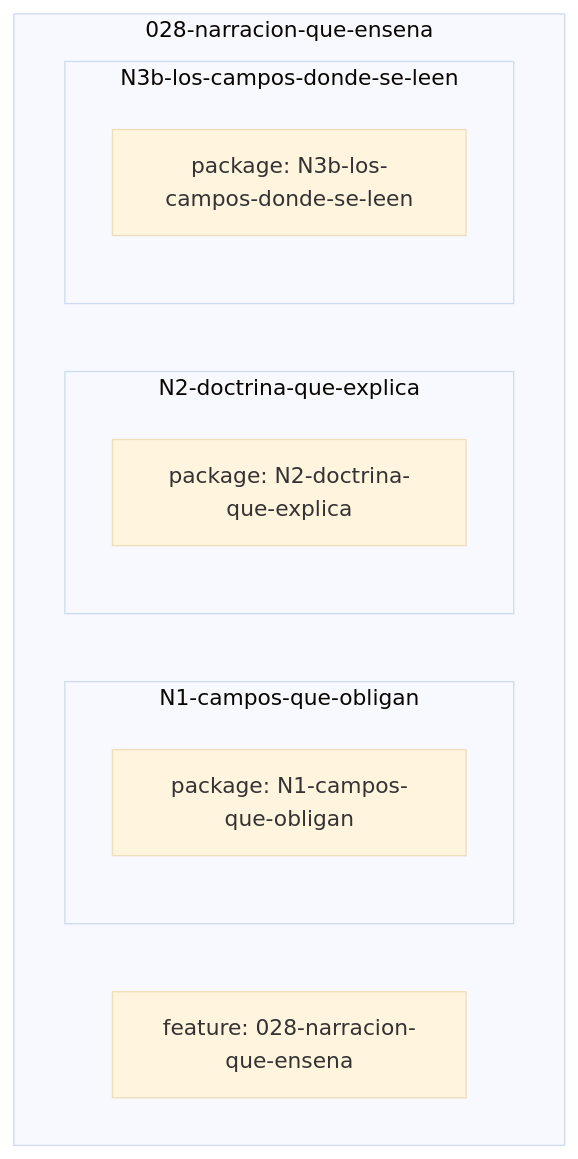
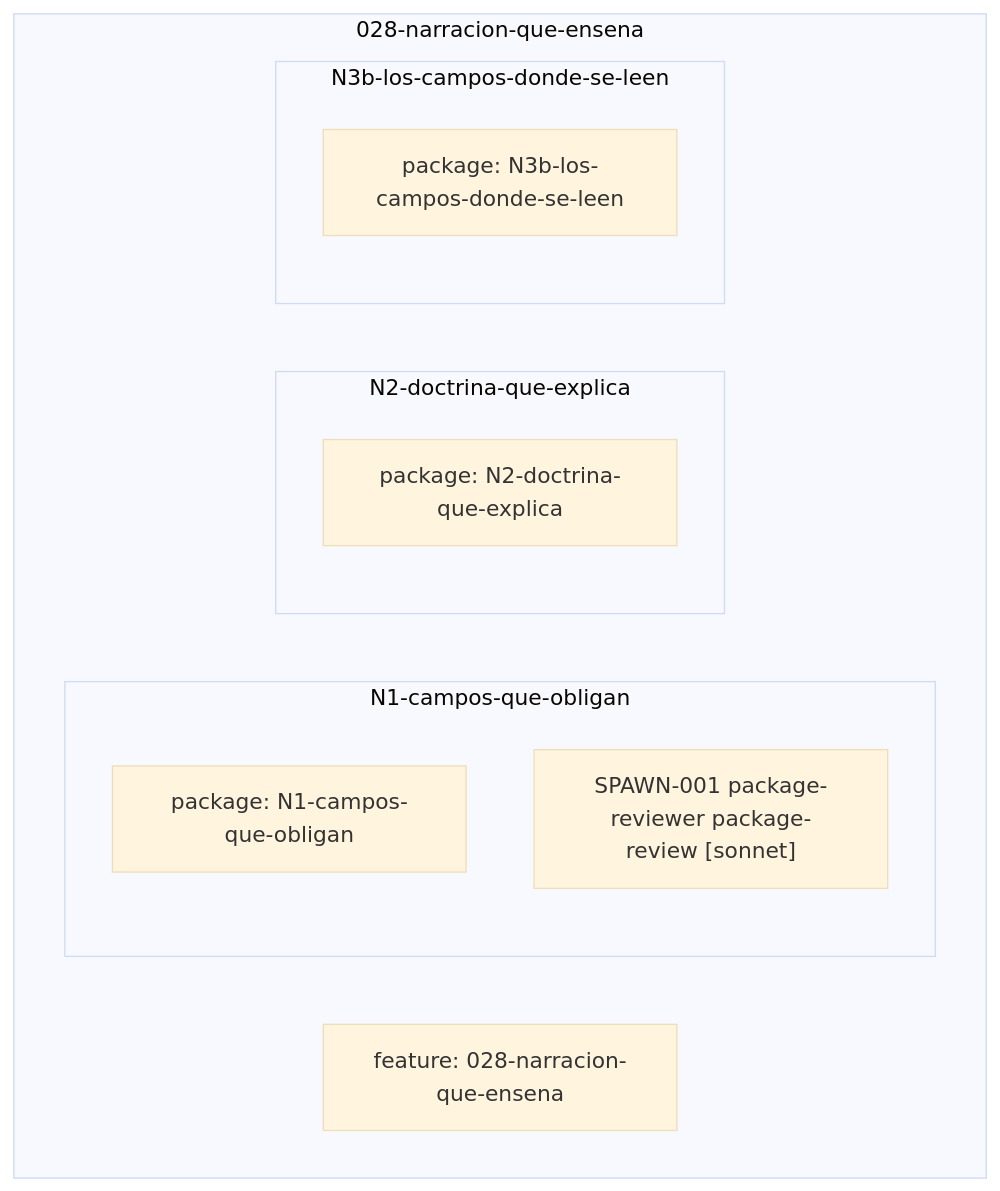
One commit to federico0330/set-agents changed the diagram in docs/notas/features/028-narracion-que-ensena/grafo.md. Above: the diagram before and after it, drawn with Mermaid (base theme). The commit also changed 36 other files, not shown here.

````diff
--- a/docs/notas/features/028-narracion-que-ensena/grafo.md
+++ b/docs/notas/features/028-narracion-que-ensena/grafo.md
@@ -4,15 +4,16 @@
 ```mermaid
 flowchart TD
 subgraph sg_028_narracion_que_ensena["028-narracion-que-ensena"]
   feature_028_narracion_que_ensena_1["feature: 028-narracion-que-ensena"]
   subgraph sg_028_narracion_que_ensena_n1_campos_que_obligan["N1-campos-que-obligan"]
     package_028_narracion_que_ensena_n1_campos_que_obligan_1["package: N1-campos-que-obligan"]
+    spawn_028_narracion_que_ensena_n1_campos_que_obligan_1["SPAWN-001 package-reviewer package-review #91;sonnet#93;"]
   end
   subgraph sg_028_narracion_que_ensena_n2_doctrina_que_explica["N2-doctrina-que-explica"]
     package_028_narracion_que_ensena_n2_doctrina_que_explica_1["package: N2-doctrina-que-explica"]
   end
   subgraph sg_028_narracion_que_ensena_n3b_los_campos_donde_se_leen["N3b-los-campos-donde-se-leen"]
     package_028_narracion_que_ensena_n3b_los_campos_donde_se_leen_1["package: N3b-los-campos-donde-se-leen"]
   end
 end
 ```
````
